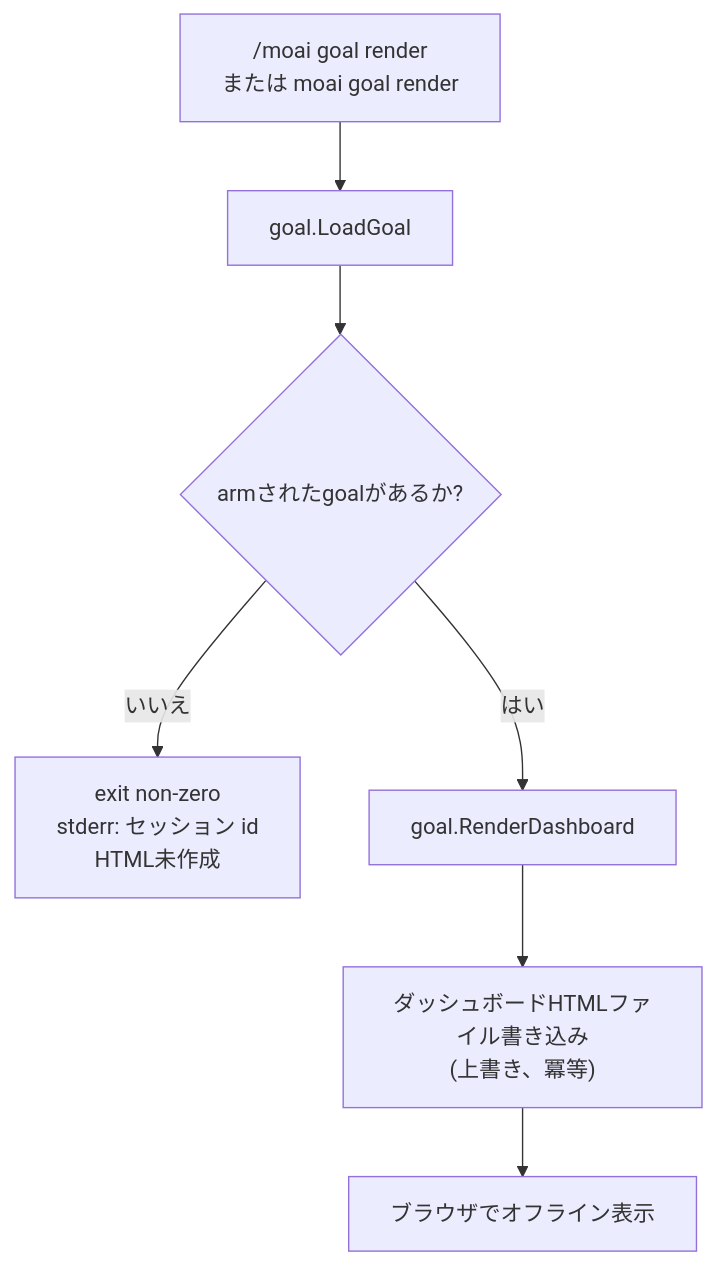
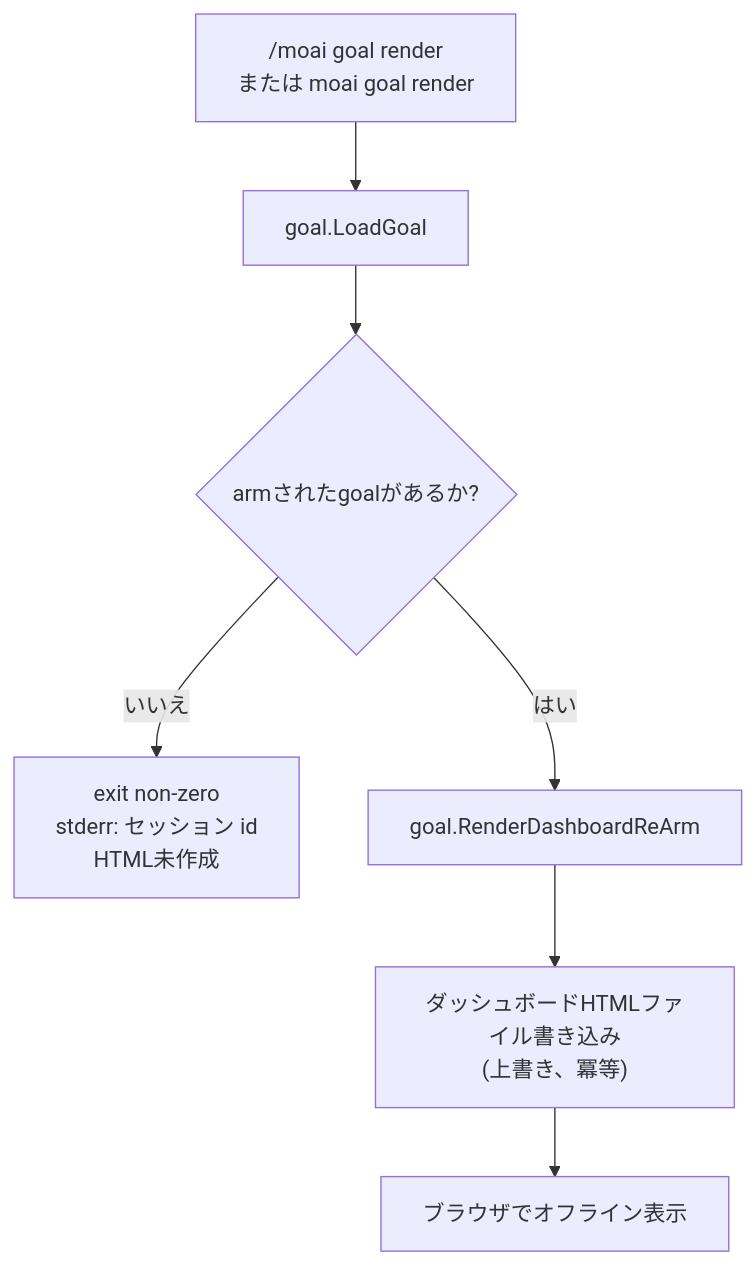
One commit to modu-ai/moai-adk changed the diagram in docs-site/content/ja/utility-commands/moai-goal.md. Above: the diagram before and after it, drawn with Mermaid. The commit also changed other lines of this file and 11 other files, not shown here.

First line of the commit message:
docs(goal-html): move 3 v3.1 renderer surfaces from roadmap to live (4-locale)

````diff
--- a/docs-site/content/ja/utility-commands/moai-goal.md
+++ b/docs-site/content/ja/utility-commands/moai-goal.md
@@ -91,9 +91,9 @@
 ```mermaid
 flowchart TD
     A["/moai goal render<br/>または moai goal render"] --> B["goal.LoadGoal"]
     B --> C{"armされたgoalがあるか?"}
     C -- "いいえ" --> D["exit non-zero<br/>stderr: セッション id<br/>HTML未作成"]
-    C -- "はい" --> E["goal.RenderDashboard"]
+    C -- "はい" --> E["goal.RenderDashboardReArm"]
     E --> F["ダッシュボードHTMLファイル書き込み<br/>(上書き、冪等)"]
     F --> G["ブラウザでオフライン表示"]
 ```
````
